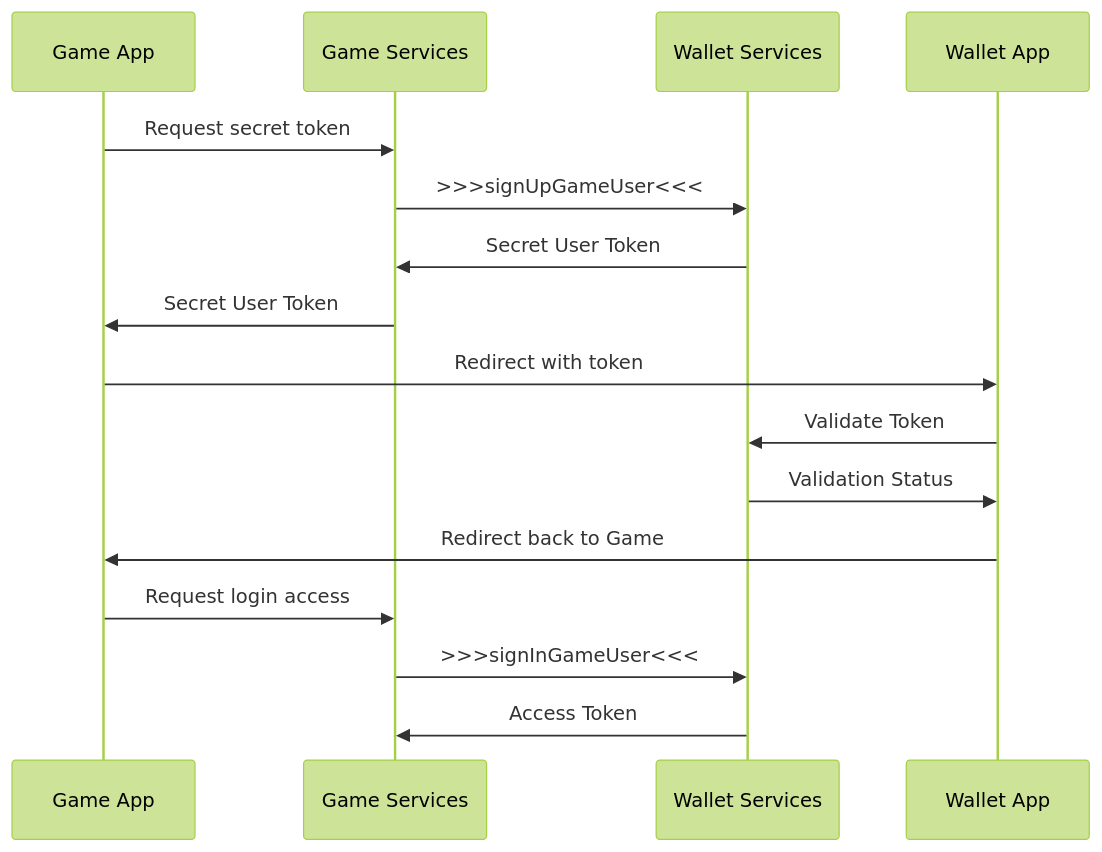
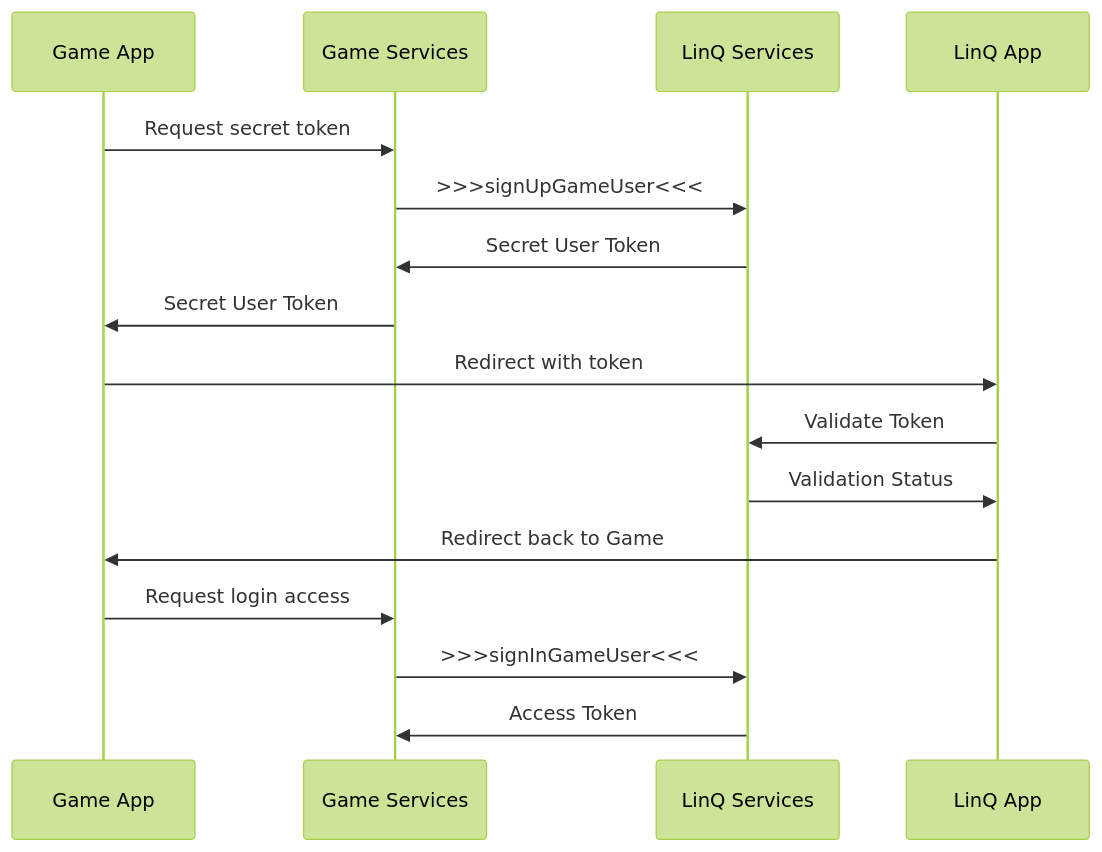
One commit to linqgg/docs changed the diagram in docs/modules/autherntication/authentication.md. Above: the diagram before and after it, drawn with Mermaid (forest theme). The commit also changed other lines of this file and 5 other files, not shown here.

````diff
--- a/docs/modules/autherntication/authentication.md
+++ b/docs/modules/autherntication/authentication.md
@@ -65,14 +65,14 @@
 ```mermaid
 sequenceDiagram
     Game App->>Game Services: Request secret token
-    Game Services->>Wallet Services: >>>signUpGameUser<<<
-    Wallet Services->>Game Services: Secret User Token
+    Game Services->>LinQ Services: >>>signUpGameUser<<<
+    LinQ Services->>Game Services: Secret User Token
     Game Services->>Game App: Secret User Token
-    Game App->>Wallet App: Redirect with token
-    Wallet App->>Wallet Services: Validate Token
-    Wallet Services->>Wallet App: Validation Status
-    Wallet App->>Game App: Redirect back to Game
+    Game App->>LinQ App: Redirect with token
+    LinQ App->>LinQ Services: Validate Token
+    LinQ Services->>LinQ App: Validation Status
+    LinQ App->>Game App: Redirect back to Game
     Game App->>Game Services: Request login access
-    Game Services->>Wallet Services: >>>signInGameUser<<<
-    Wallet Services->>Game Services: Access Token
+    Game Services->>LinQ Services: >>>signInGameUser<<<
+    LinQ Services->>Game Services: Access Token
 ```
````
